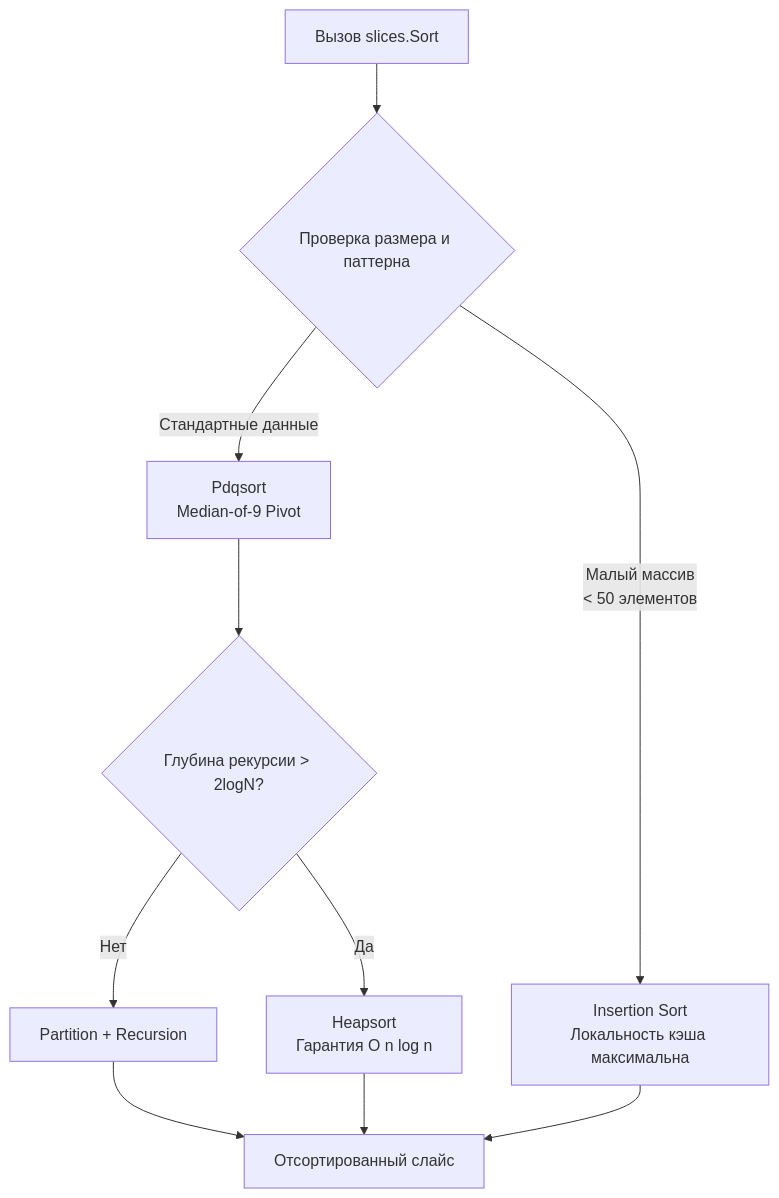
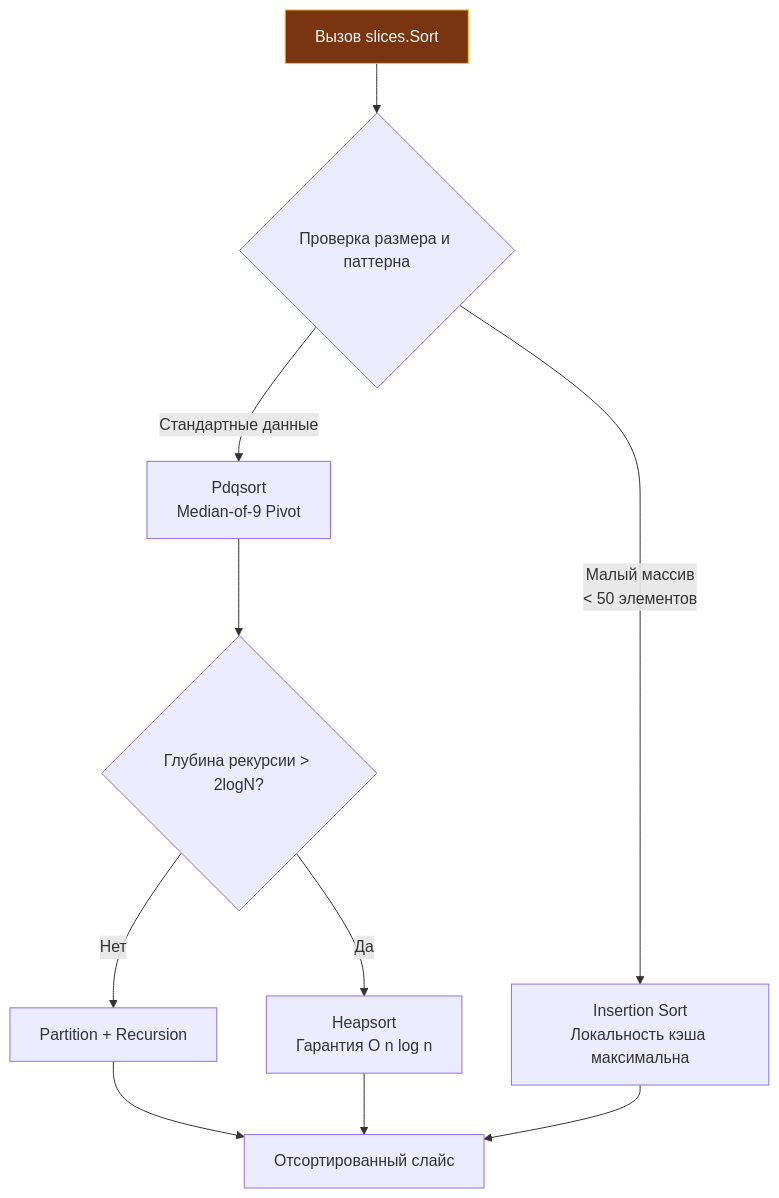
Before and after one commit to UnrealTemplier/go-textbook: the diagram in sources/6. Стандартная библиотека Go/25. sort и slices. Сортировка данных.md, drawn with Mermaid. The commit also changed 1666 other files, not shown here.

First line of the commit message:
feat(mermaid): add semantic color classDef to 1369 colorless flowchart/graph diagrams

````diff
--- a/sources/6. Стандартная библиотека Go/25. sort и slices. Сортировка данных.md
+++ b/sources/6. Стандартная библиотека Go/25. sort и slices. Сортировка данных.md
@@ -34,12 +34,22 @@
 ```mermaid
 flowchart TD
-    A["Вызов slices.Sort"] --> B{"Проверка размера и паттерна"}
+    classDef process  fill:#1e293b,stroke:#38bdf8,stroke-width:1px,color:#f8fafc
+    classDef success  fill:#064e3b,stroke:#34d399,stroke-width:1px,color:#f8fafc
+    classDef error    fill:#7f1d1d,stroke:#f87171,stroke-width:1px,color:#f8fafc
+    classDef warning  fill:#78350f,stroke:#fbbf24,stroke-width:1px,color:#f8fafc
+    classDef entry    fill:#1e3a5f,stroke:#38bdf8,stroke-width:2px,color:#f8fafc
+    classDef aux      fill:#334155,stroke:#64748b,stroke-width:1px,color:#f8fafc
+    classDef system   fill:#312e81,stroke:#a78bfa,stroke-width:1px,color:#f8fafc
+    classDef data     fill:#132d29,stroke:#2dd4bf,stroke-width:1px,color:#f8fafc
+    classDef network  fill:#881337,stroke:#fb7185,stroke-width:1px,color:#f8fafc
+    classDef accent   fill:#1e1b4b,stroke:#818cf8,stroke-width:1px,color:#f8fafc
+    A["Вызов slices.Sort"]:::warning --> B{"Проверка размера и паттерна"}
     B -->|Малый массив<br>< 50 элементов| C["Insertion Sort<br>Локальность кэша максимальна"]
     B -->|Стандартные данные| D["Pdqsort<br>Median-of-9 Pivot"]
     D --> E{"Глубина рекурсии > 2logN?"}
     E -->|Нет| F["Partition + Recursion"]
     E -->|Да| G["Heapsort<br>Гарантия O n log n"]
     F --> H["Отсортированный слайс"]
     G --> H
     C --> H
 ```
````
